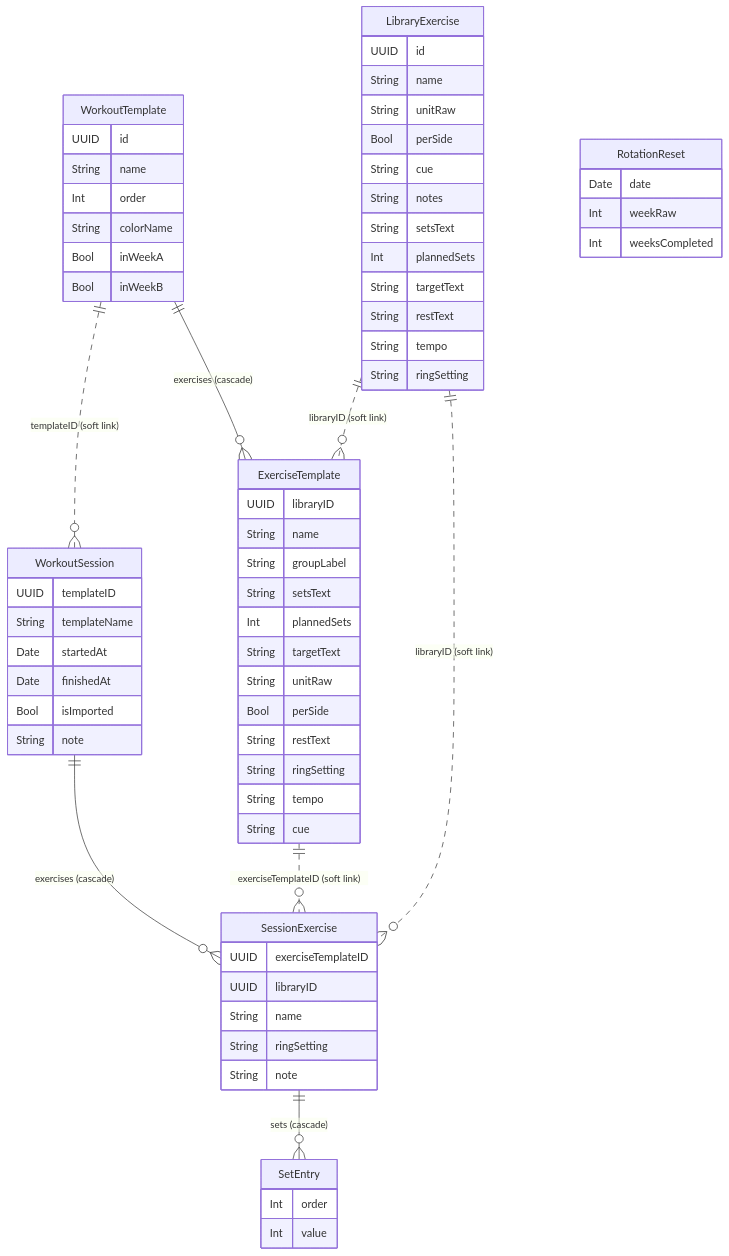
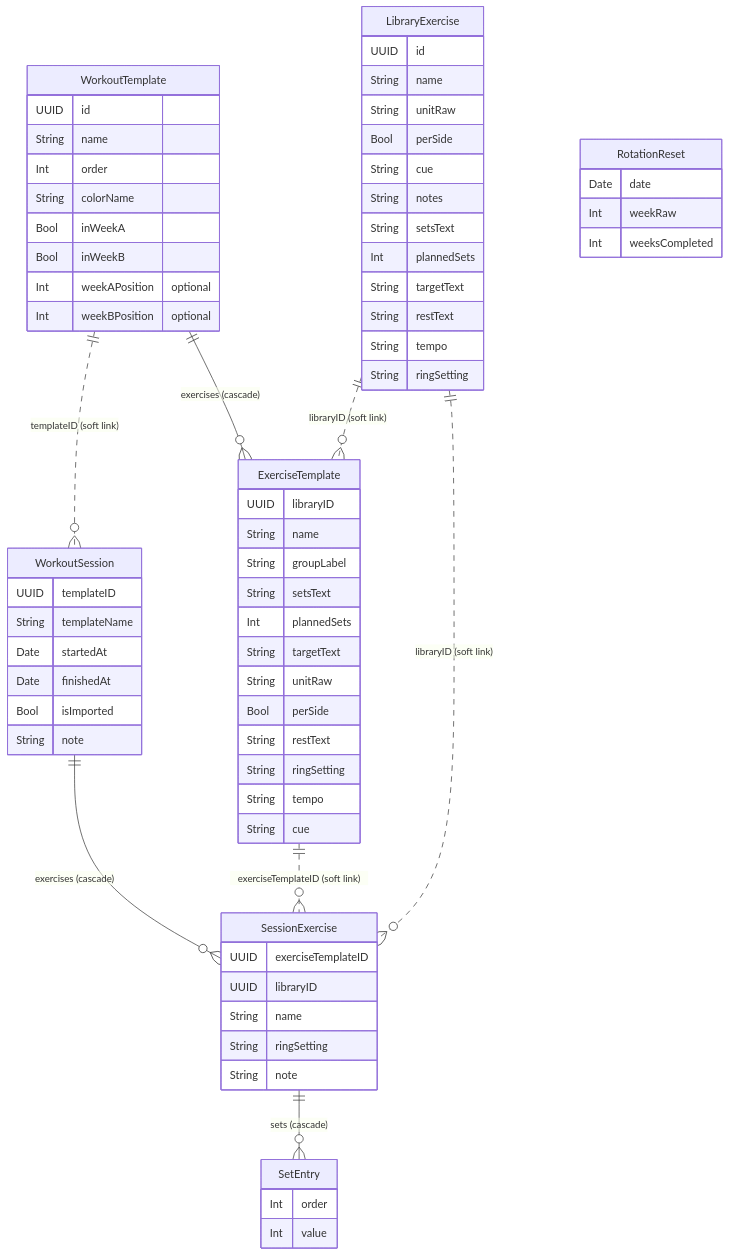
Before and after one commit to tzehon/workout-tracker: the second of 5 diagrams in docs/architecture.md, drawn with Mermaid. The commit also changed other lines of this file and 7 other files, not shown here.

````diff
--- a/docs/architecture.md
+++ b/docs/architecture.md
@@ -64,71 +65,73 @@
 ```mermaid
 erDiagram
     WorkoutTemplate ||--o{ ExerciseTemplate : "exercises (cascade)"
     WorkoutSession ||--o{ SessionExercise : "exercises (cascade)"
     SessionExercise ||--o{ SetEntry : "sets (cascade)"
     WorkoutTemplate ||..o{ WorkoutSession : "templateID (soft link)"
     ExerciseTemplate ||..o{ SessionExercise : "exerciseTemplateID (soft link)"
     LibraryExercise ||..o{ ExerciseTemplate : "libraryID (soft link)"
     LibraryExercise ||..o{ SessionExercise : "libraryID (soft link)"
 
     WorkoutTemplate {
         UUID id
         String name
         Int order
         String colorName
         Bool inWeekA
         Bool inWeekB
+        Int weekAPosition "optional"
+        Int weekBPosition "optional"
     }
     LibraryExercise {
         UUID id
         String name
         String unitRaw
         Bool perSide
         String cue
         String notes
         String setsText
         Int plannedSets
         String targetText
         String restText
         String tempo
         String ringSetting
     }
     ExerciseTemplate {
         UUID libraryID
         String name
         String groupLabel
         String setsText
         Int plannedSets
         String targetText
         String unitRaw
         Bool perSide
         String restText
         String ringSetting
         String tempo
         String cue
     }
     WorkoutSession {
         UUID templateID
         String templateName
         Date startedAt
         Date finishedAt
         Bool isImported
         String note
     }
     SessionExercise {
         UUID exerciseTemplateID
         UUID libraryID
         String name
         String ringSetting
         String note
     }
     SetEntry {
         Int order
         Int value
     }
     RotationReset {
         Date date
         Int weekRaw
         Int weeksCompleted
     }
 ```
````
